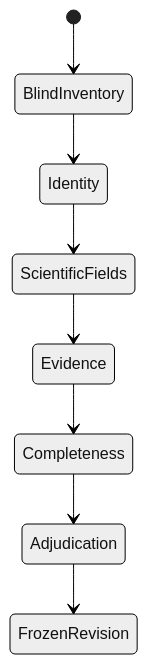
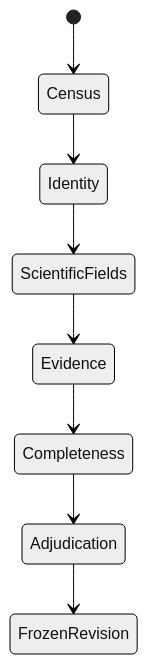
Before and after one commit to lamalab-org/perla-extract: the diagram in docs/workflows/ground-truth-review.md, drawn with Mermaid (neutral theme). The commit also changed other lines of this file and 6 other files, not shown here.

````diff
--- a/docs/workflows/ground-truth-review.md
+++ b/docs/workflows/ground-truth-review.md
@@ -22,10 +22,10 @@
 ```mermaid
 stateDiagram-v2
-    [*] --> BlindInventory
-    BlindInventory --> Identity
+    [*] --> Census
+    Census --> Identity
     Identity --> ScientificFields
     ScientificFields --> Evidence
     Evidence --> Completeness
     Completeness --> Adjudication
     Adjudication --> FrozenRevision
 ```
````
